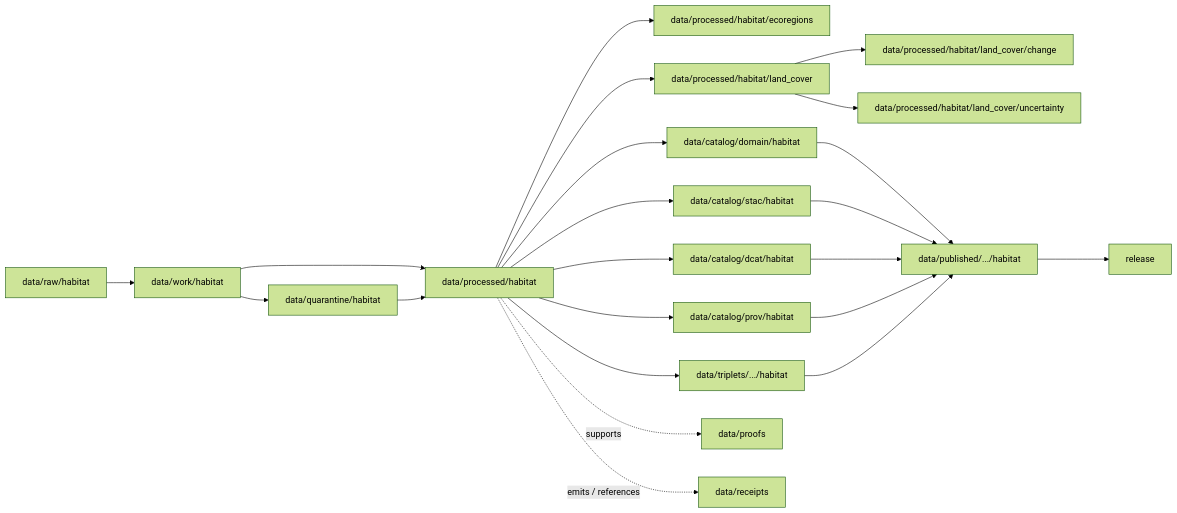
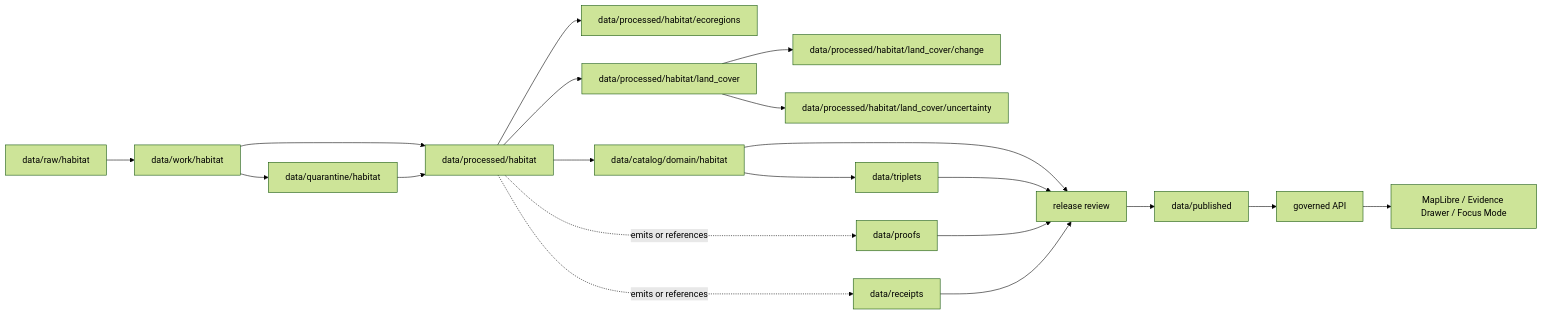
The diagram in data/processed/habitat/README.md (bartytime4life/Kansas-Frontier-Matrix), drawn with Mermaid (forest theme) before and after one commit. The commit also changed other lines of this file, not shown here.

Commit message:
docs: modernize processed Habitat README

````diff
--- a/data/processed/habitat/README.md
+++ b/data/processed/habitat/README.md
@@ -111,24 +310,22 @@
 ```mermaid
 flowchart LR
   RAW[data/raw/habitat] --> WORK[data/work/habitat]
   WORK --> QUAR[data/quarantine/habitat]
   WORK --> PROC[data/processed/habitat]
   QUAR --> PROC
   PROC --> ECO[data/processed/habitat/ecoregions]
   PROC --> LC[data/processed/habitat/land_cover]
   LC --> LCC[data/processed/habitat/land_cover/change]
   LC --> LCU[data/processed/habitat/land_cover/uncertainty]
   PROC --> CAT[data/catalog/domain/habitat]
-  PROC --> STAC[data/catalog/stac/habitat]
-  PROC --> DCAT[data/catalog/dcat/habitat]
-  PROC --> PROV[data/catalog/prov/habitat]
-  PROC --> TRIP[data/triplets/.../habitat]
-  PROC -. supports .-> PROOF[data/proofs]
-  PROC -. emits / references .-> RECEIPT[data/receipts]
-  CAT --> PUBLISHED[data/published/.../habitat]
-  STAC --> PUBLISHED
-  DCAT --> PUBLISHED
-  PROV --> PUBLISHED
-  TRIP --> PUBLISHED
-  PUBLISHED --> REL[release]
+  CAT --> TRIP[data/triplets]
+  PROC -. emits or references .-> PROOF[data/proofs]
+  PROC -. emits or references .-> RECEIPT[data/receipts]
+  CAT --> REL[release review]
+  TRIP --> REL
+  PROOF --> REL
+  RECEIPT --> REL
+  REL --> PUB[data/published]
+  PUB --> API[governed API]
+  API --> UI[MapLibre / Evidence Drawer / Focus Mode]
 ```
````
